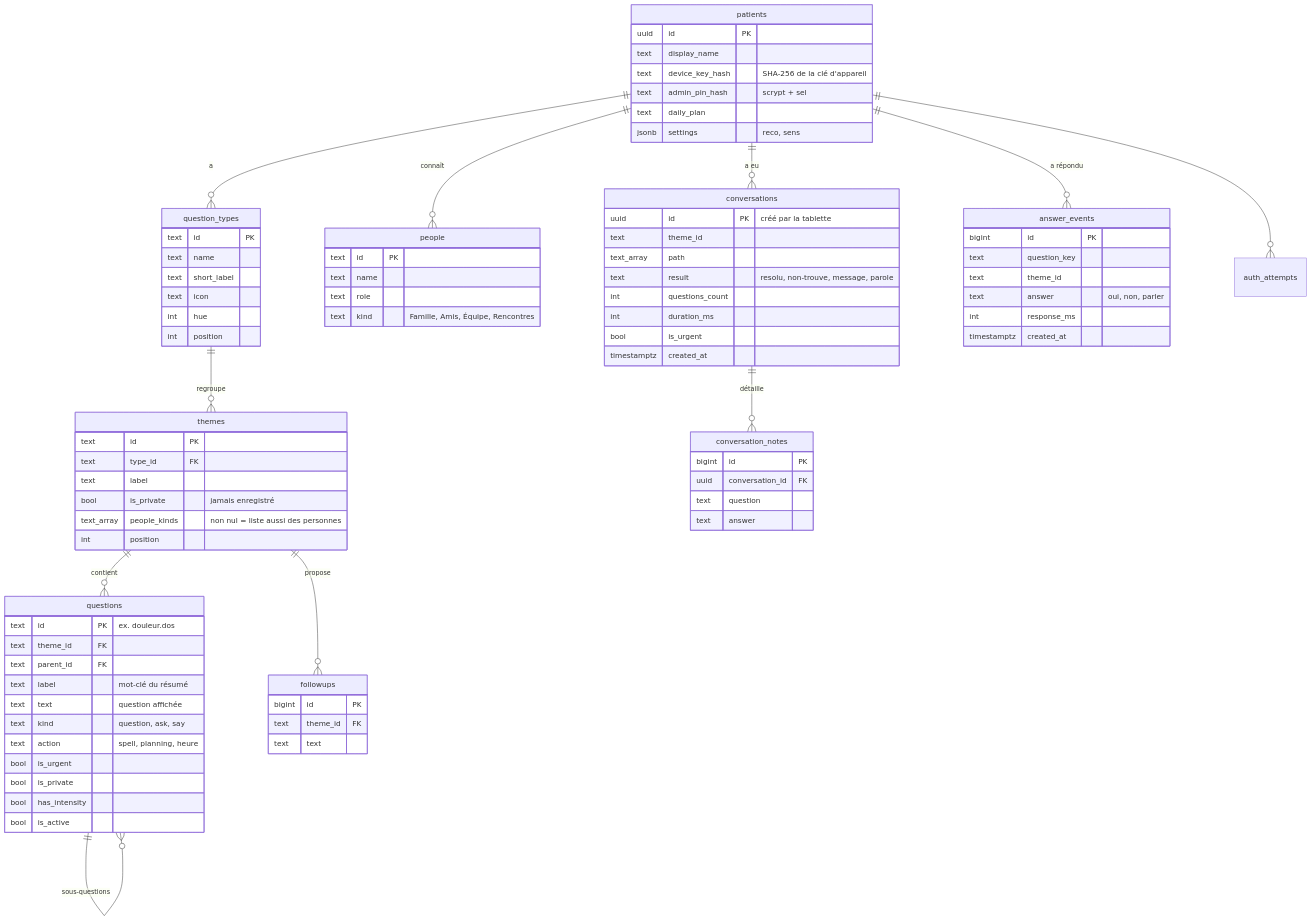
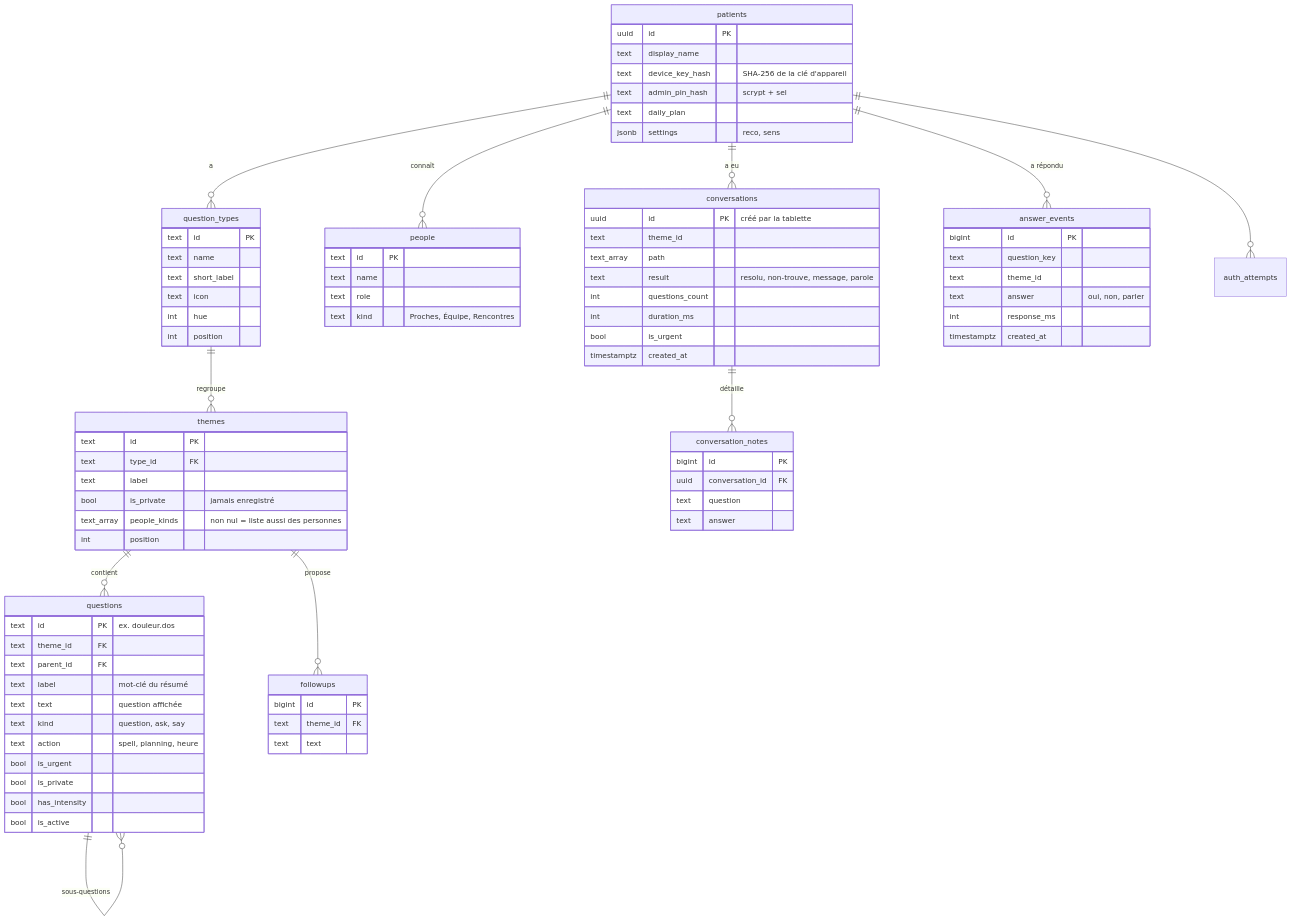
The fourth of 5 diagrams in anna-vercel/docs/ARCHITECTURE.md (amine-bazi/annahacktathon26), drawn with Mermaid before and after one commit. The commit also changed other lines of this file and 16 other files, not shown here.

```diff
--- a/anna-vercel/docs/ARCHITECTURE.md
+++ b/anna-vercel/docs/ARCHITECTURE.md
@@ -228,7 +230,7 @@
     text id PK
     text name
     text role
-    text kind "Famille, Amis, Équipe, Rencontres"
+    text kind "Proches, Équipe, Rencontres"
   }
   conversations {
     uuid id PK "créé par la tablette"
```
